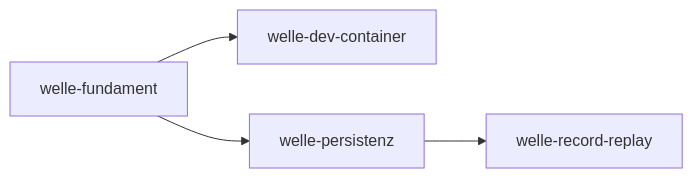
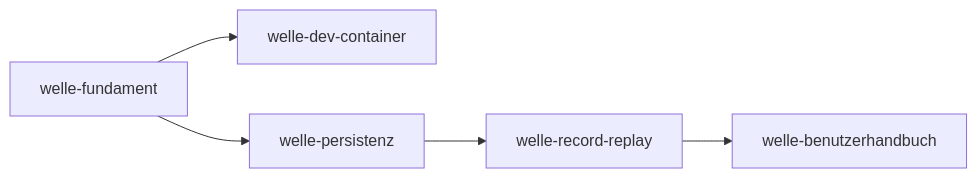
Before and after one commit to pt9912/odata-recorder: the diagram in docs/plan/planning/in-progress/roadmap.md, drawn with Mermaid. The commit also changed other lines of this file and 5 other files, not shown here.

Commit message:
Planner: welle-benutzerhandbuch, vier Slices (Geruest mit Anpassung des Standards, Abgleich der Fehlercodes, Kapitel Aufzeichnen und Wiedergeben nach M2, Probelauf), Zeile und Kante in der Roadmap (LH-QA-05, LH-RB-01, LH-RB-04, ADR-0004, ADR-0005)

````diff
--- a/docs/plan/planning/in-progress/roadmap.md
+++ b/docs/plan/planning/in-progress/roadmap.md
@@ -58,11 +59,13 @@
 ```mermaid
 flowchart LR
     F[welle-fundament]
     D[welle-dev-container]
     P[welle-persistenz]
     R[welle-record-replay]
+    B[welle-benutzerhandbuch]
 
     F --> D
     F --> P
     P --> R
+    R --> B
 ```
````
